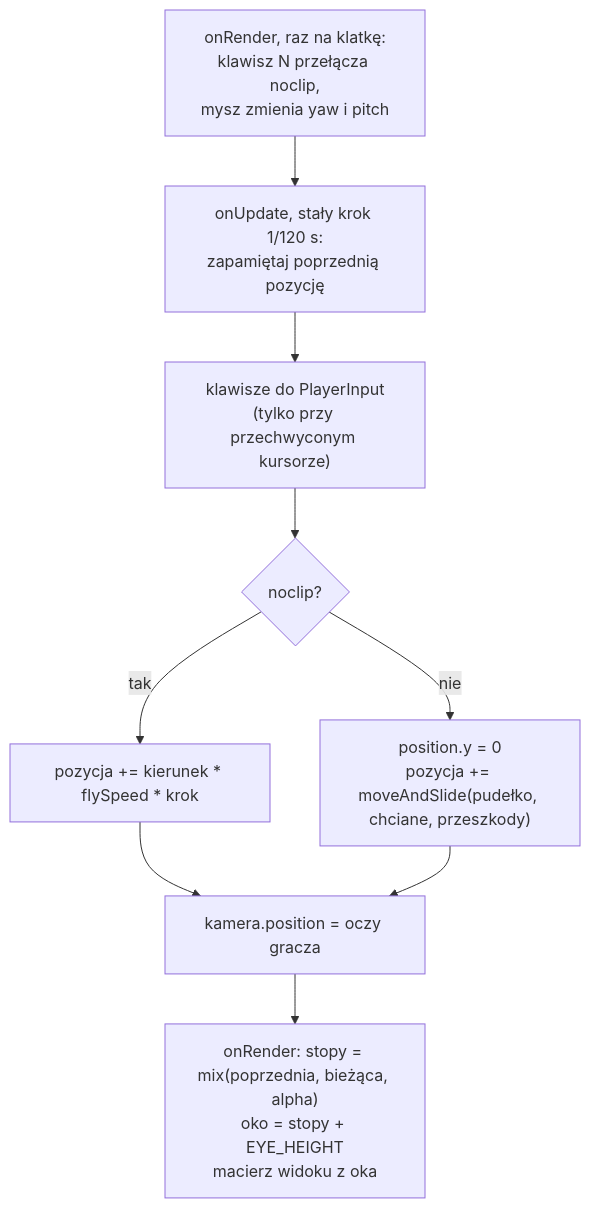
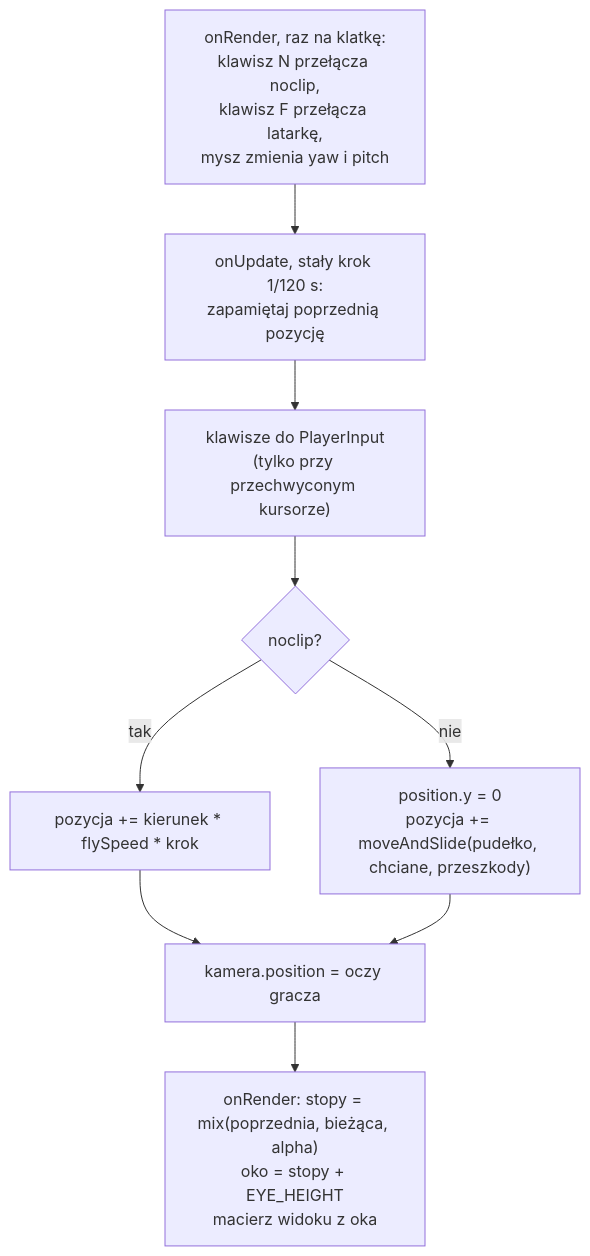
The diagram in docs/modules/game/player.md (Shironex/night-maze), drawn with Mermaid before and after one commit. The commit also changed other lines of this file and 52 other files, not shown here.

````diff
--- a/docs/modules/game/player.md
+++ b/docs/modules/game/player.md
@@ -155,12 +155,12 @@
 ```mermaid
 flowchart TD
-    A["onRender, raz na klatkę:<br>klawisz N przełącza noclip,<br>mysz zmienia yaw i pitch"] --> B
+    A["onRender, raz na klatkę:<br>klawisz N przełącza noclip,<br>klawisz F przełącza latarkę,<br>mysz zmienia yaw i pitch"] --> B
     B["onUpdate, stały krok 1/120 s:<br>zapamiętaj poprzednią pozycję"] --> C
     C["klawisze do PlayerInput<br>(tylko przy przechwyconym kursorze)"] --> D
     D{"noclip?"}
     D -- tak --> E["pozycja += kierunek * flySpeed * krok"]
     D -- nie --> F["position.y = 0<br>pozycja += moveAndSlide(pudełko, chciane, przeszkody)"]
     E --> G["kamera.position = oczy gracza"]
     F --> G
     G --> H["onRender: stopy = mix(poprzednia, bieżąca, alpha)<br>oko = stopy + EYE_HEIGHT<br>macierz widoku z oka"]
 ```
````
